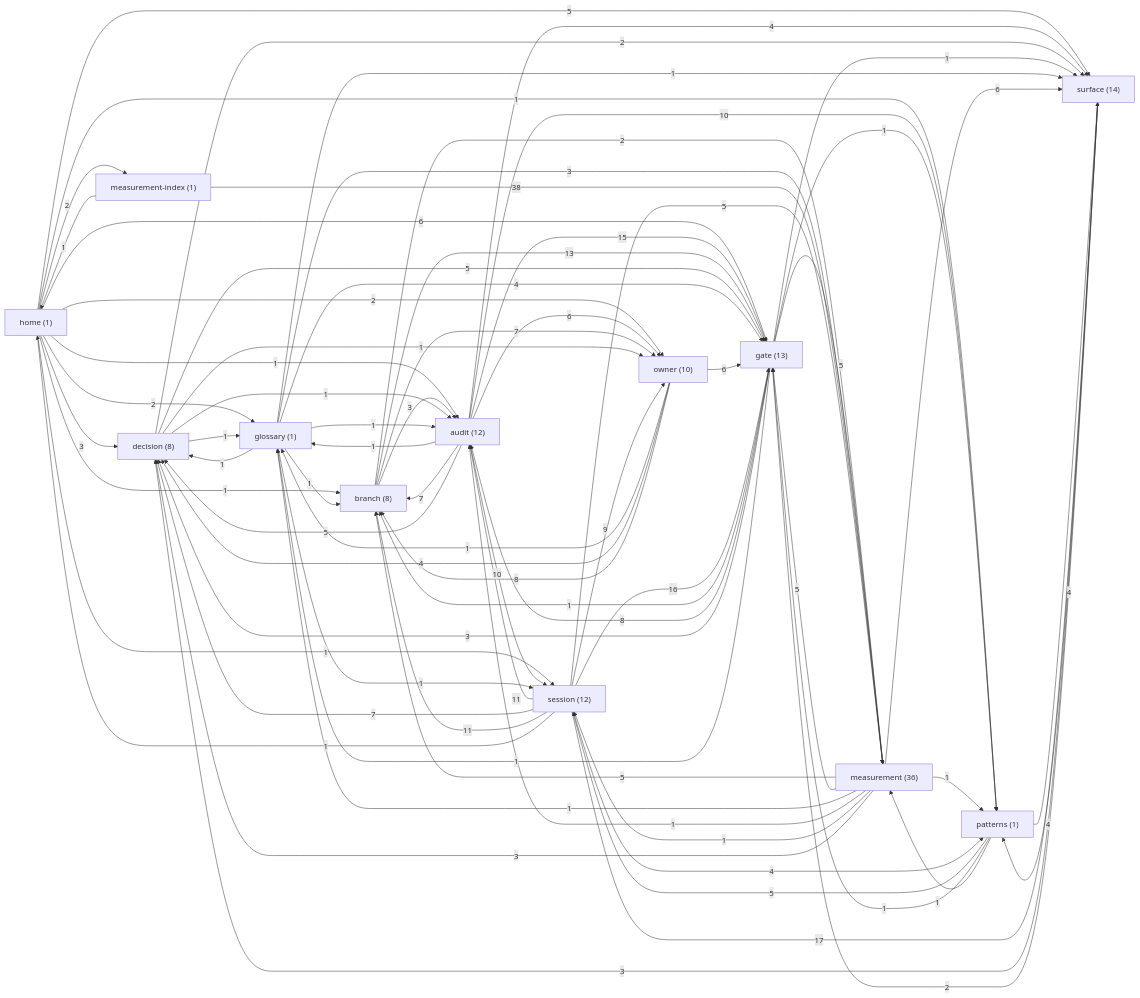
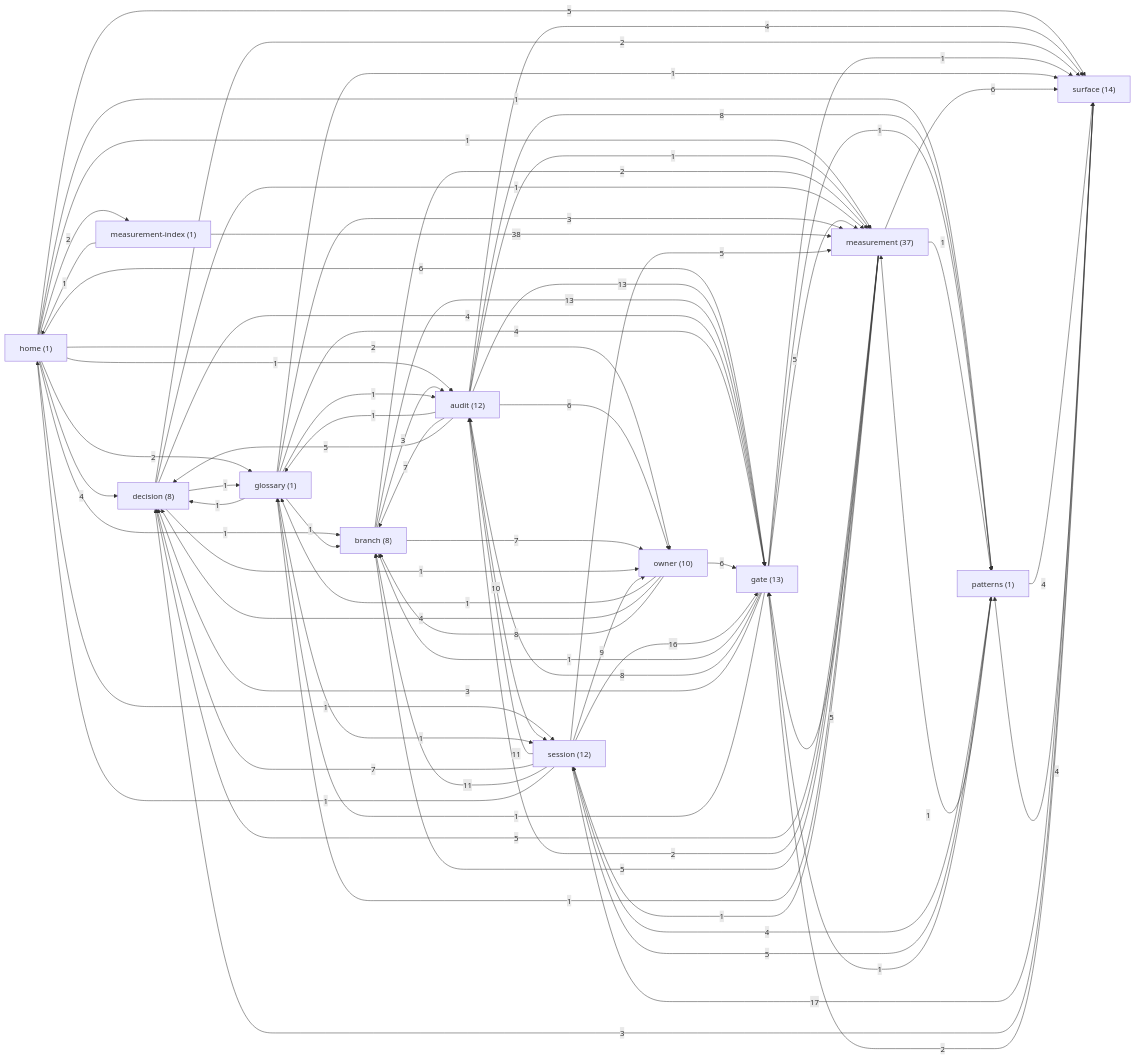
One commit to sergey9519546/STORYMACHINE changed the diagram in docs/brain/GRAPH.md. Above: the diagram before and after it, drawn with Mermaid. The commit also changed other lines of this file and 12 other files, not shown here.

```diff
--- a/docs/brain/GRAPH.md
+++ b/docs/brain/GRAPH.md
@@ -13,14 +13,14 @@
   branch["branch (8)"]
   decision["decision (8)"]
   gate["gate (13)"]
+  measurement["measurement (37)"]
   glossary["glossary (1)"]
-  measurement["measurement (36)"]
   measurement_index["measurement-index (1)"]
   owner["owner (10)"]
   patterns["patterns (1)"]
   session["session (12)"]
   surface["surface (14)"]
-  home -->|3| decision
+  home -->|4| decision
   home -->|2| glossary
   home -->|6| gate
   home -->|2| measurement_index
@@ -28,25 +28,27 @@
   home -->|5| surface
   home -->|1| session
   home -->|1| audit
+  home -->|1| measurement
   home -->|1| branch
   home -->|1| patterns
   audit -->|1| glossary
   audit -->|10| session
   audit -->|7| branch
-  audit -->|15| gate
+  audit -->|13| gate
   audit -->|5| decision
-  audit -->|10| patterns
+  audit -->|8| patterns
   audit -->|6| owner
   audit -->|4| surface
+  audit -->|1| measurement
   branch -->|3| audit
   branch -->|7| owner
   branch -->|13| gate
   branch -->|2| measurement
   decision -->|1| glossary
-  decision -->|5| gate
+  decision -->|4| gate
   decision -->|2| surface
   decision -->|1| owner
-  decision -->|1| audit
+  decision -->|1| measurement
   gate -->|1| branch
   gate -->|8| audit
   gate -->|3| decision
@@ -54,6 +56,8 @@
   gate -->|1| patterns
   gate -->|1| glossary
   gate -->|1| surface
+  measurement -->|5| decision
+  measurement -->|2| audit
   glossary -->|1| branch
   glossary -->|3| measurement
   glossary -->|1| surface
@@ -64,9 +68,7 @@
   measurement -->|5| branch
   measurement -->|5| gate
   measurement -->|1| glossary
-  measurement -->|1| audit
   measurement -->|1| session
-  measurement -->|3| decision
   measurement -->|1| patterns
   measurement -->|6| surface
   measurement_index -->|1| home
```
